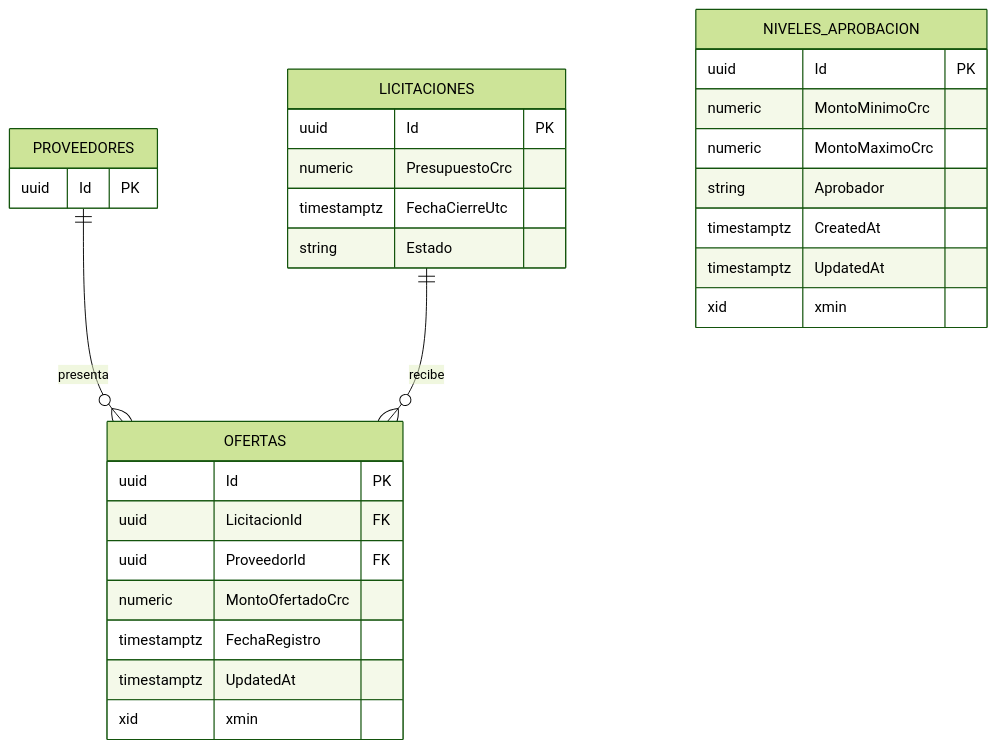
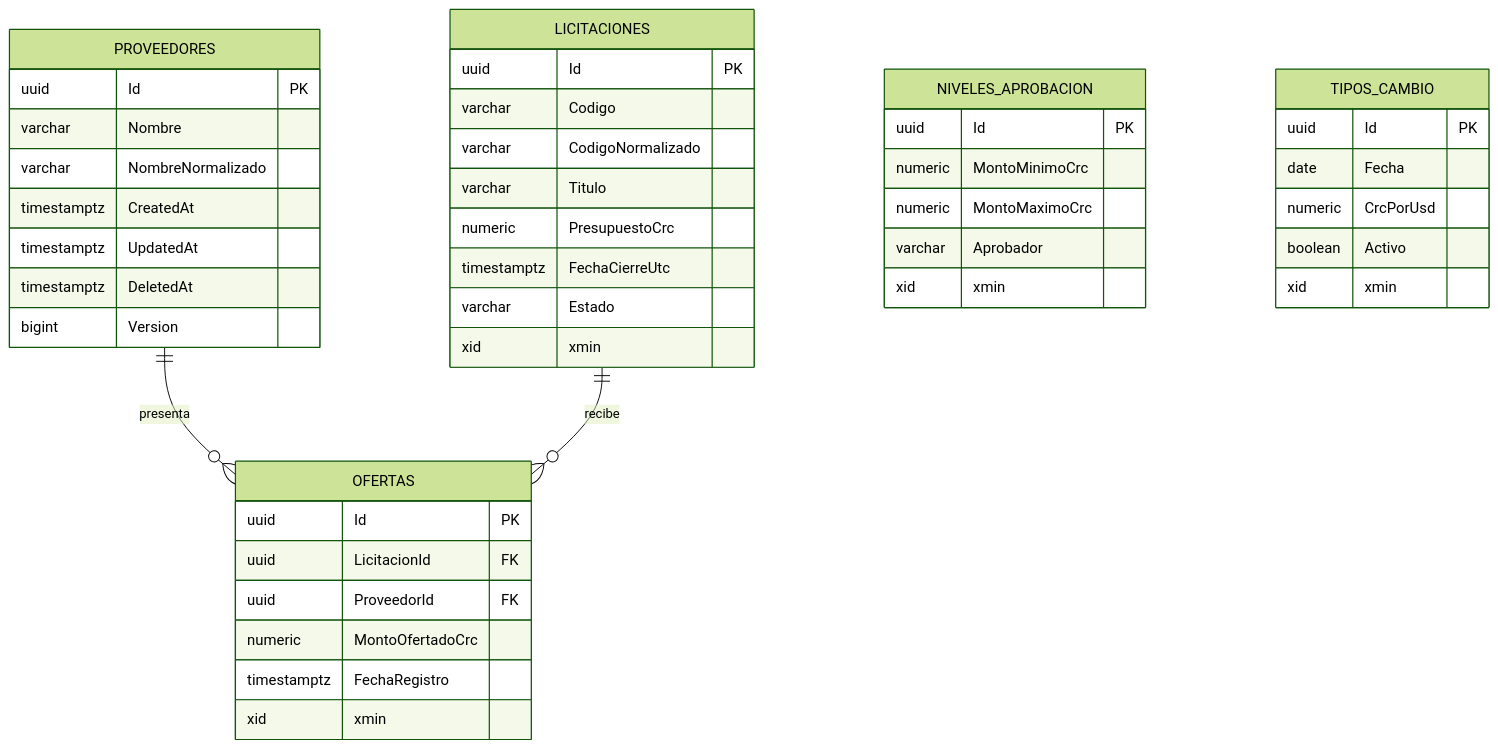
One commit to eithel03/sistema-gestion-licitaciones-xp changed the diagram in docs/modelo-datos.md. Above: the diagram before and after it, drawn with Mermaid (forest theme). The commit also changed other lines of this file and 33 other files, not shown here.

````diff
--- a/docs/modelo-datos.md
+++ b/docs/modelo-datos.md
@@ -259,33 +19,47 @@
 ```mermaid
 erDiagram
     PROVEEDORES ||--o{ OFERTAS : presenta
     LICITACIONES ||--o{ OFERTAS : recibe
 
     PROVEEDORES {
-        uuid Id PK
+      uuid Id PK
+      varchar Nombre
+      varchar NombreNormalizado
+      timestamptz CreatedAt
+      timestamptz UpdatedAt
+      timestamptz DeletedAt
+      bigint Version
     }
     LICITACIONES {
-        uuid Id PK
-        numeric PresupuestoCrc
-        timestamptz FechaCierreUtc
-        string Estado
+      uuid Id PK
+      varchar Codigo
+      varchar CodigoNormalizado
+      varchar Titulo
+      numeric PresupuestoCrc
+      timestamptz FechaCierreUtc
+      varchar Estado
+      xid xmin
     }
     OFERTAS {
-        uuid Id PK
-        uuid LicitacionId FK
-        uuid ProveedorId FK
-        numeric MontoOfertadoCrc
-        timestamptz FechaRegistro
-        timestamptz UpdatedAt
-        xid xmin
+      uuid Id PK
+      uuid LicitacionId FK
+      uuid ProveedorId FK
+      numeric MontoOfertadoCrc
+      timestamptz FechaRegistro
+      xid xmin
     }
     NIVELES_APROBACION {
-        uuid Id PK
-        numeric MontoMinimoCrc
-        numeric MontoMaximoCrc
-        string Aprobador
-        timestamptz CreatedAt
-        timestamptz UpdatedAt
-        xid xmin
+      uuid Id PK
+      numeric MontoMinimoCrc
+      numeric MontoMaximoCrc
+      varchar Aprobador
+      xid xmin
+    }
+    TIPOS_CAMBIO {
+      uuid Id PK
+      date Fecha
+      numeric CrcPorUsd
+      boolean Activo
+      xid xmin
     }
 ```
````
